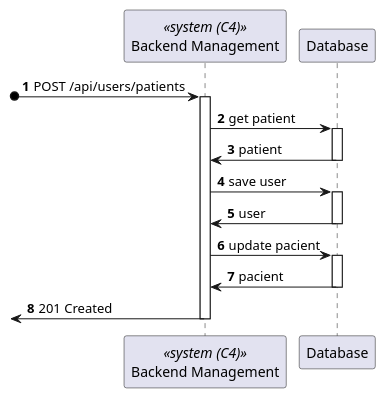
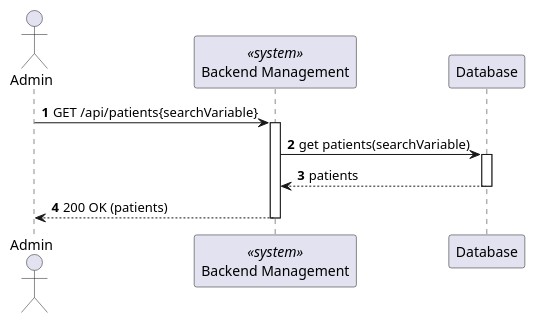
Before and after one commit to Lapr5G21/sem5pi-24-25-3ddg21: the diagram in docs/PatientProfilesListing/views/level3/process-view1.puml, drawn with PlantUML. The commit also changed 31 other files, not shown here.

```diff
--- a/docs/PatientProfilesListing/views/level3/process-view1.puml
+++ b/docs/PatientProfilesListing/views/level3/process-view1.puml
@@ -1,39 +1,24 @@
-@startuml
+@startuml PatientProfilesListing(level3-1)
 
 autonumber
-participant BE as "Backend Management" <<system (C4)>>
+actor Admin as "Admin"
+participant BE as "Backend Management" <<system>>
 participant DB as "Database"
 
-?o-> BE : POST /api/users/patients
+
+Admin -> BE : GET /api/patients{searchVariable}
 activate BE
 
-BE -> DB : get patient
+BE -> DB : get patients(searchVariable)
 
 activate DB 
 
-DB -> BE : patient
+DB --> BE : patients 
 
 deactivate DB 
 
-
-BE -> DB : save user
-
-activate DB 
-
-DB -> BE : user 
-
-deactivate DB
-
-BE -> DB : update pacient
-
-activate DB 
-
-DB -> BE : pacient
-
-deactivate DB 
-
-<- BE : 201 Created
+BE --> Admin : 200 OK (patients)
 
 deactivate BE
 
 @enduml
```
